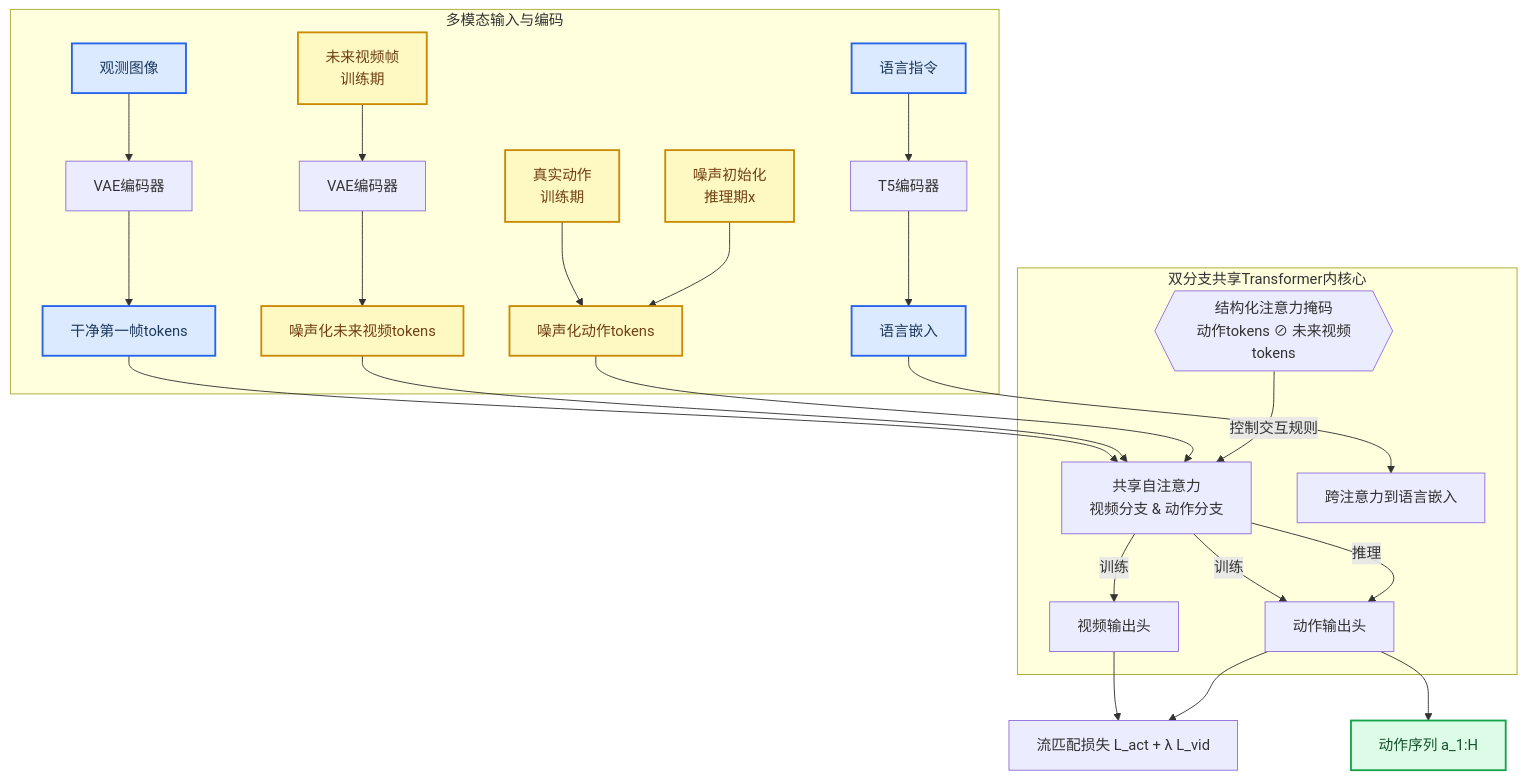
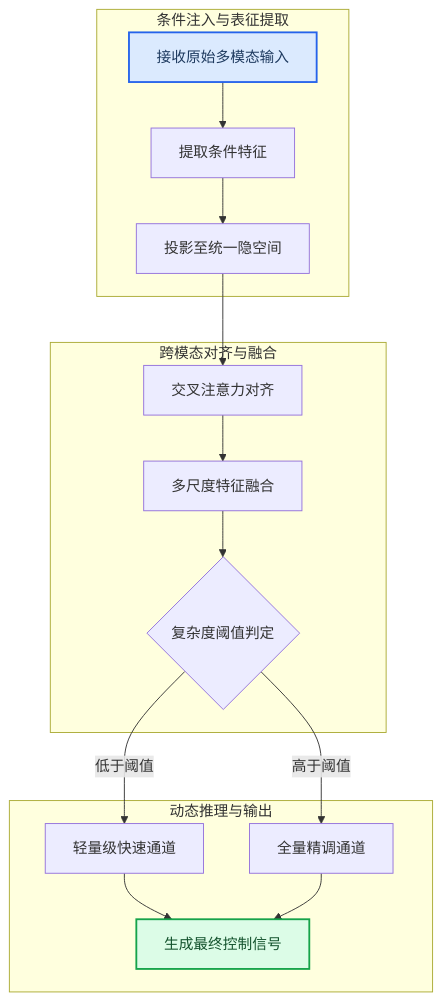
One commit to ShinewineW/paper-rolling changed the third of 10 diagrams in person_vault/2026-06-08_FastWAM_2603.16666/report.md. Above: the diagram before and after it, drawn with Mermaid. The commit also changed other lines of this file and 300 other files, not shown here.

````diff
--- a/person_vault/2026-06-08_FastWAM_2603.16666/report.md
+++ b/person_vault/2026-06-08_FastWAM_2603.16666/report.md
@@ -111,34 +119,26 @@
 ```mermaid
 flowchart TB
-    subgraph inputs["多模态输入与编码"]
-        obs["观测图像"] --> vae["VAE编码器"] --> c1["干净第一帧tokens"]
-        lang["语言指令"] --> t5["T5编码器"] --> lemb["语言嵌入"]
-        future["未来视频帧<br/>训练期"] --> vae2["VAE编码器"] --> nf["噪声化未来视频tokens"]
-        act["真实动作<br/>训练期"] --> na_noise["噪声化动作tokens"]
-        na_init["噪声初始化<br/>推理期x"] --> na_noise
+    subgraph 条件注入与表征提取
+        raw_data["接收原始多模态输入"] --> cond_encoder["提取条件特征"]
+        cond_encoder --> latent_proj["投影至统一隐空间"]
     end
 
-    subgraph core["双分支共享Transformer内核心"]
-        mask{{结构化注意力掩码<br/>动作tokens ⊘ 未来视频tokens}}
-        shared_attn["共享自注意力<br/>视频分支 & 动作分支"]
-        cross_attn["跨注意力到语言嵌入"]
-        vhead["视频输出头"]
-        ahead["动作输出头"]
+    subgraph 跨模态对齐与融合
+        latent_proj --> cross_attn["交叉注意力对齐"]
+        cross_attn --> feat_fusion["多尺度特征融合"]
+        feat_fusion --> routing_gate{复杂度阈值判定}
     end
 
-    c1 & nf & na_noise --> shared_attn
-    lemb --> cross_attn
-    mask -- 控制交互规则 --> shared_attn
-
-    shared_attn -- 训练 --> vhead --> loss["流匹配损失 L_act + λ L_vid"]
-    shared_attn -- 训练 --> ahead --> loss
-    shared_attn -- 推理 --> ahead --> out["动作序列 a_1:H"]
+    subgraph 动态推理与输出
+        routing_gate -- 低于阈值 --> fast_path["轻量级快速通道"]
+        routing_gate -- 高于阈值 --> heavy_path["全量精调通道"]
+        fast_path --> output_gen["生成最终控制信号"]
+        heavy_path --> output_gen
+    end
 
     classDef required fill:#dbeafe,stroke:#2563eb,stroke-width:2px,color:#1e3a5f
+    classDef output fill:#dcfce7,stroke:#16a34a,stroke-width:2px,color:#14532d
     classDef optional fill:#fef9c3,stroke:#ca8a04,stroke-width:2px,color:#713f12
-    classDef output fill:#dcfce7,stroke:#16a34a,stroke-width:2px,color:#14532d
-
-    class obs,lang,c1,lemb required
-    class future,act,na_noise,nf,na_init optional
-    class out output
+    class raw_data required
+    class output_gen output
 ```
````
